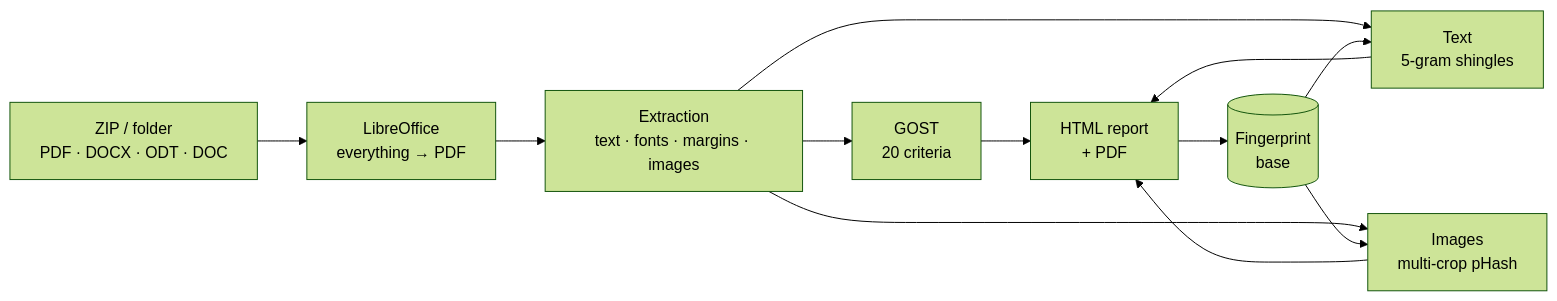
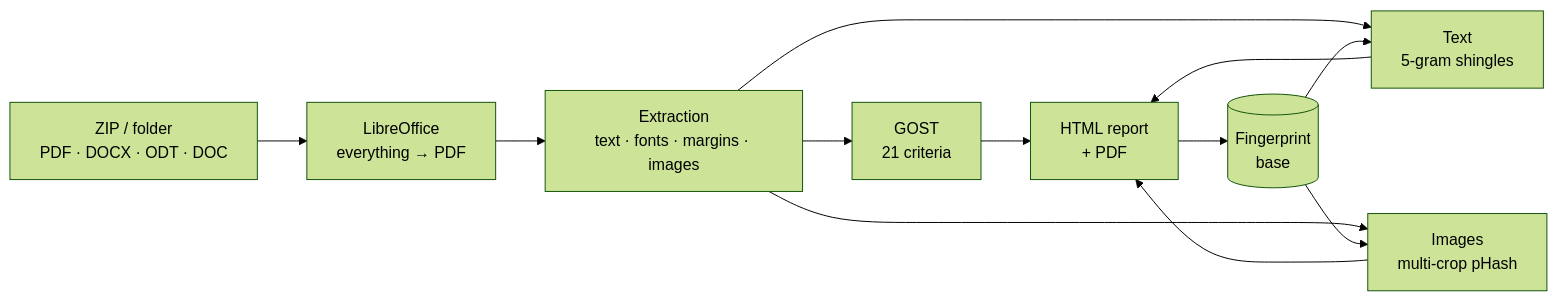
One commit to SvobodaGaming/ALENA changed the second of 2 diagrams in README.md. Above: the diagram before and after it, drawn with Mermaid (forest theme). The commit also changed other lines of this file and 19 other files, not shown here.

````diff
--- a/README.md
+++ b/README.md
@@ -437,14 +444,14 @@
 ```mermaid
 flowchart LR
     A[ZIP / folder<br/>PDF · DOCX · ODT · DOC] --> B[LibreOffice<br/>everything → PDF]
     B --> C[Extraction<br/>text · fonts · margins · images]
-    C --> D[GOST<br/>20 criteria]
+    C --> D[GOST<br/>21 criteria]
     C --> E[Text<br/>5-gram shingles]
     C --> F[Images<br/>multi-crop pHash]
     G[(Fingerprint<br/>base)] --> E
     G --> F
     D --> H[HTML report<br/>+ PDF]
     E --> H
     F --> H
     H --> G
 ```
````
